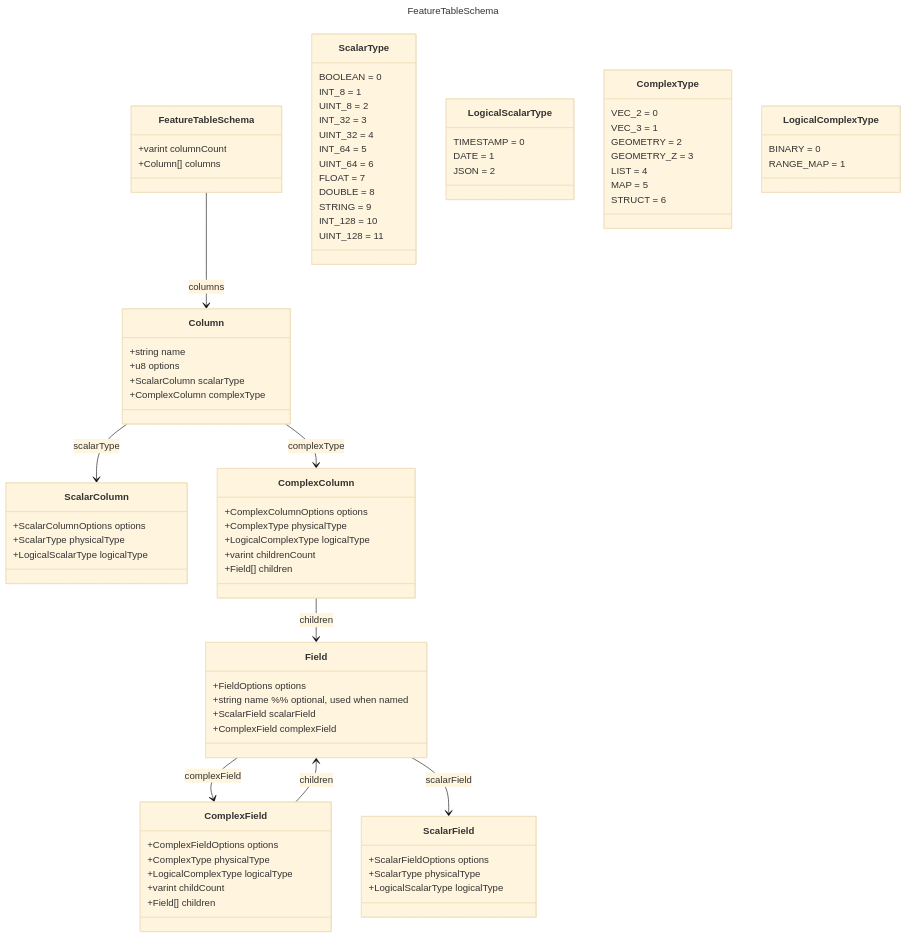
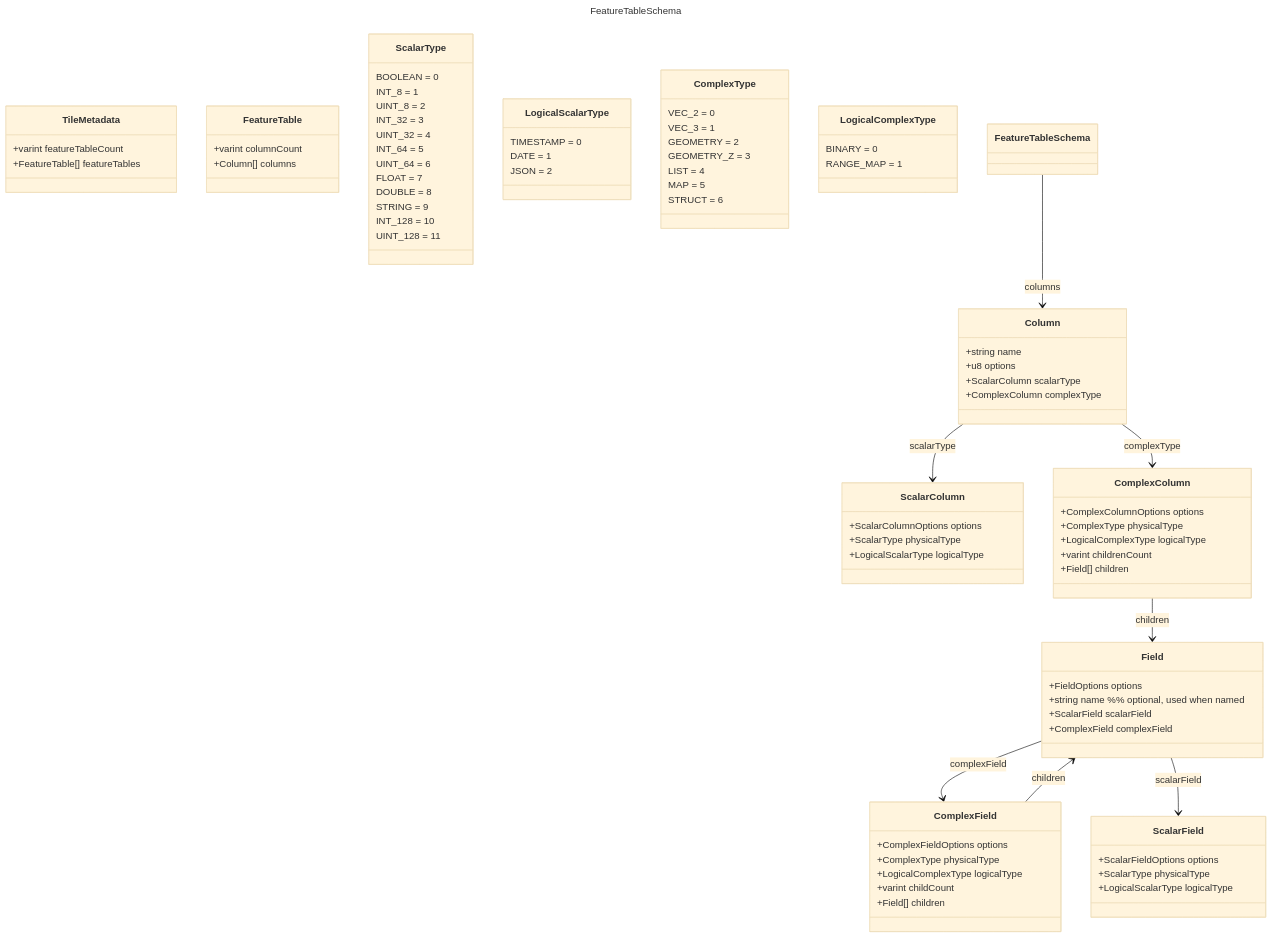
One commit to maplibre/maplibre-tile-spec changed the diagram in spec/assets/FeatureTableSchema.mermaid. Above: the diagram before and after it, drawn with Mermaid (base theme).

Commit message:
Add top-level structure

```diff
--- a/spec/assets/FeatureTableSchema.mermaid
+++ b/spec/assets/FeatureTableSchema.mermaid
@@ -1,109 +1,115 @@
 ---
 title: FeatureTableSchema
 ---
 classDiagram
-    %% ---------------- FeatureTableSchema ----------------
-    class FeatureTableSchema {
+    %% ---------------- TileMetadata ----------------
+    class TileMetadata {
+      +varint featureTableCount
+      +FeatureTable[] featureTables
+    }
+
+    %% ---------------- FeatureTable ----------------
+    class FeatureTable {
       +varint columnCount
       +Column[] columns
     }
 
     %% ---------------- Column ----------------
     class Column {
       +string name
       +u8 options
       +ScalarColumn scalarType
       +ComplexColumn complexType
     }
     %% Note: options flags for Column: nullable=1, complex=2, vertexScope=4
 
     %% ---------------- ScalarColumn ----------------
     class ScalarColumn {
       +ScalarColumnOptions options
       +ScalarType physicalType
       +LogicalScalarType logicalType
     }
     %% Note: options flag for ScalarColumnOptions: logical = 1
 
     %% ---------------- ComplexColumn ----------------
     class ComplexColumn {
       +ComplexColumnOptions options
       +ComplexType physicalType
       +LogicalComplexType logicalType
       +varint childrenCount
       +Field[] children
     }
     %% Note: options flag for ComplexColumnOptions: logical = 1
 
     %% ---------------- Field ----------------
     class Field {
       +FieldOptions options
       +string name  %% optional, used when named
       +ScalarField scalarField
       +ComplexField complexField
     }
     %% Note: options flags for FieldOptions: named = 1, nullable = 2, complex = 4
 
     %% ---------------- ScalarField ----------------
     class ScalarField {
       +ScalarFieldOptions options
       +ScalarType physicalType
       +LogicalScalarType logicalType
     }
     %% Note: options flag for ScalarFieldOptions: logical = 1
 
     %% ---------------- ComplexField ----------------
     class ComplexField {
       +ComplexFieldOptions options
       +ComplexType physicalType
       +LogicalComplexType logicalType
       +varint childCount
       +Field[] children
     }
     %% Note: options flag for ComplexFieldOptions: logical = 1
 
     %% ---------------- Enumerations ----------------
     class ScalarType {
       BOOLEAN = 0
       INT_8 = 1
       UINT_8 = 2
       INT_32 = 3
       UINT_32 = 4
       INT_64 = 5
       UINT_64 = 6
       FLOAT = 7
       DOUBLE = 8
       STRING = 9
       INT_128 = 10
       UINT_128 = 11
     }
 
     class LogicalScalarType {
       TIMESTAMP = 0
       DATE = 1
       JSON = 2
     }
 
     class ComplexType {
       VEC_2 = 0
       VEC_3 = 1
       GEOMETRY = 2
       GEOMETRY_Z = 3
       LIST = 4
       MAP = 5
       STRUCT = 6
     }
 
     class LogicalComplexType {
       BINARY = 0
       RANGE_MAP = 1
     }
 
     %% ---------------- Associations ----------------
     FeatureTableSchema --> Column : columns
     Column --> ScalarColumn : scalarType
     Column --> ComplexColumn : complexType
     ComplexColumn --> Field : children
     ComplexField --> Field : children
     Field --> ComplexField : complexField
     Field --> ScalarField : scalarField
```
